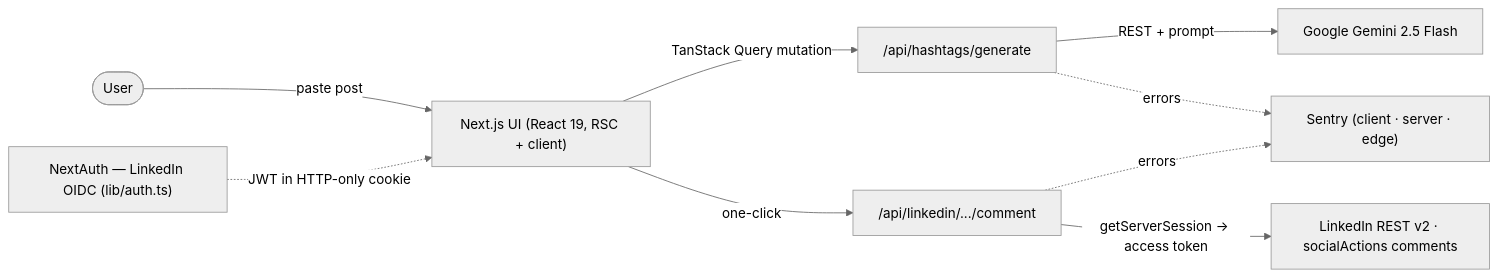
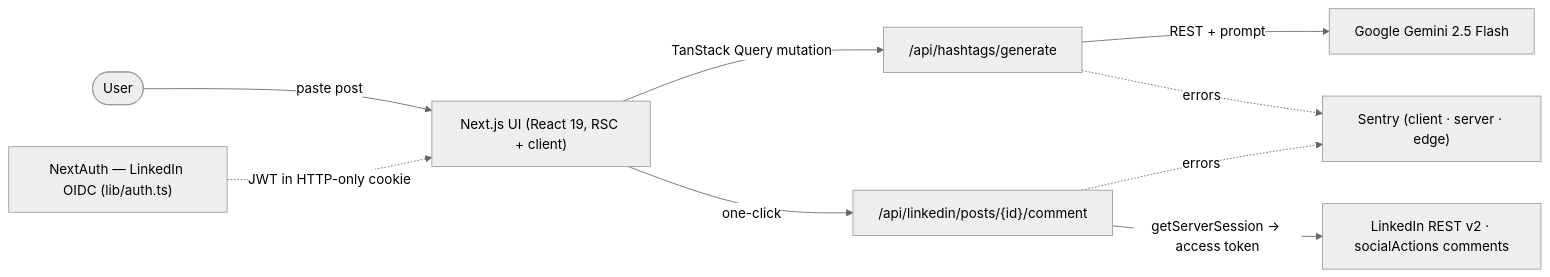
Before and after one commit to Saurav02022/linkedin-hashtag-refresh-engine-app: the first of 2 diagrams in README.md, drawn with Mermaid (neutral theme). The commit also changed other lines of this file, not shown here.

````diff
--- a/README.md
+++ b/README.md
@@ -42,10 +43,10 @@
 ```mermaid
 flowchart LR
     user([User]) -->|paste post| ui["Next.js UI (React 19, RSC + client)"]
     ui -->|"TanStack Query mutation"| gen["/api/hashtags/generate"]
     gen -->|"REST + prompt"| gemini["Google Gemini 2.5 Flash"]
-    ui -->|"one-click"| comment["/api/linkedin/.../comment"]
+    ui -->|"one-click"| comment["/api/linkedin/posts/{id}/comment"]
     comment -->|"getServerSession → access token"| li["LinkedIn REST v2 · socialActions comments"]
     auth["NextAuth — LinkedIn OIDC (lib/auth.ts)"] -.->|"JWT in HTTP-only cookie"| ui
     gen & comment -.->|"errors"| sentry["Sentry (client · server · edge)"]
 ```
````
